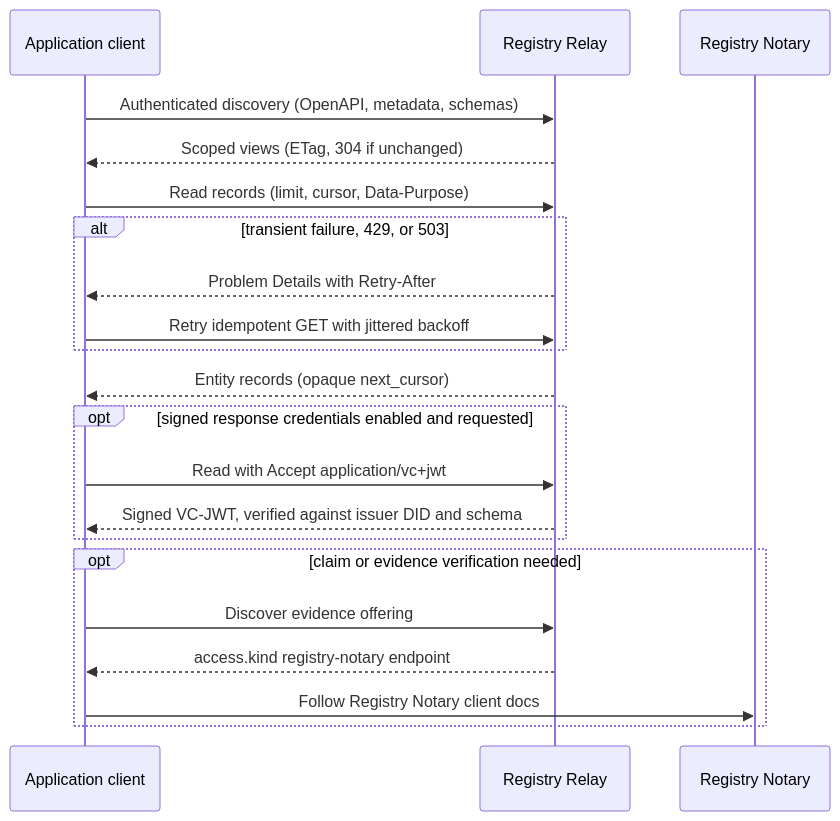
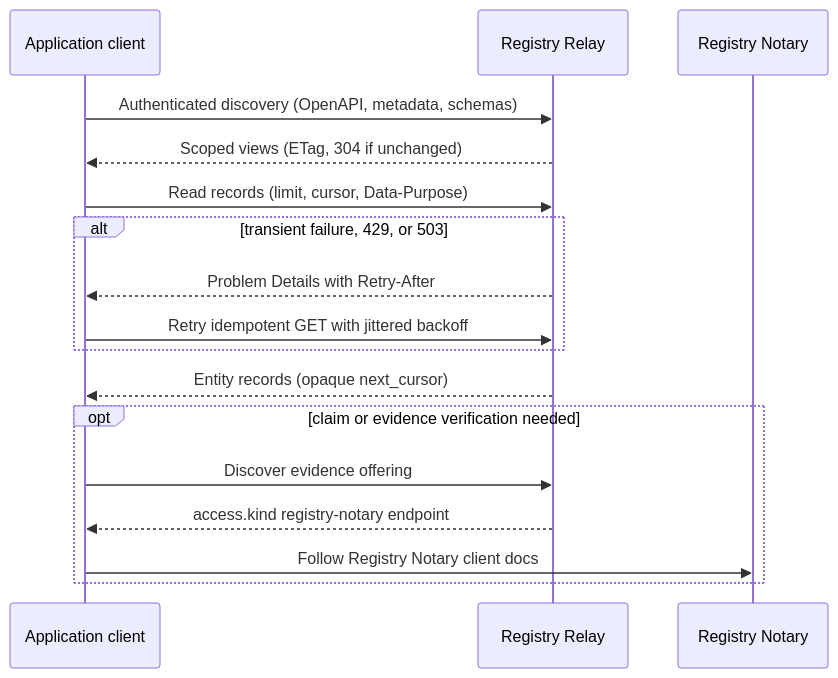
Before and after one commit to registrystack/registry-stack: the first of 2 diagrams in crates/registry-relay/docs/client-integration.md, drawn with Mermaid. The commit also changed other lines of this file and 107 other files, not shown here.

````diff
--- a/crates/registry-relay/docs/client-integration.md
+++ b/crates/registry-relay/docs/client-integration.md
@@ -12,24 +12,20 @@
 ```mermaid
 sequenceDiagram
   participant Client as Application client
   participant Relay as Registry Relay
   participant Notary as Registry Notary
 
   Client->>Relay: Authenticated discovery (OpenAPI, metadata, schemas)
   Relay-->>Client: Scoped views (ETag, 304 if unchanged)
   Client->>Relay: Read records (limit, cursor, Data-Purpose)
   alt transient failure, 429, or 503
     Relay-->>Client: Problem Details with Retry-After
     Client->>Relay: Retry idempotent GET with jittered backoff
   end
   Relay-->>Client: Entity records (opaque next_cursor)
-  opt signed response credentials enabled and requested
-    Client->>Relay: Read with Accept application/vc+jwt
-    Relay-->>Client: Signed VC-JWT, verified against issuer DID and schema
-  end
   opt claim or evidence verification needed
     Client->>Relay: Discover evidence offering
     Relay-->>Client: access.kind registry-notary endpoint
     Client->>Notary: Follow Registry Notary client docs
   end
 ```
````
